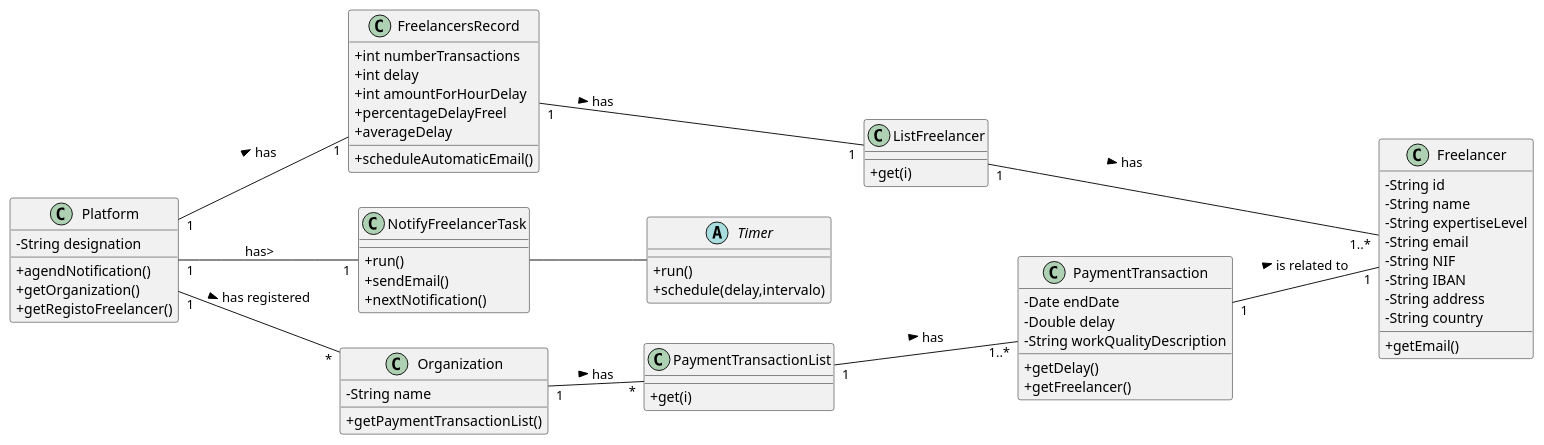
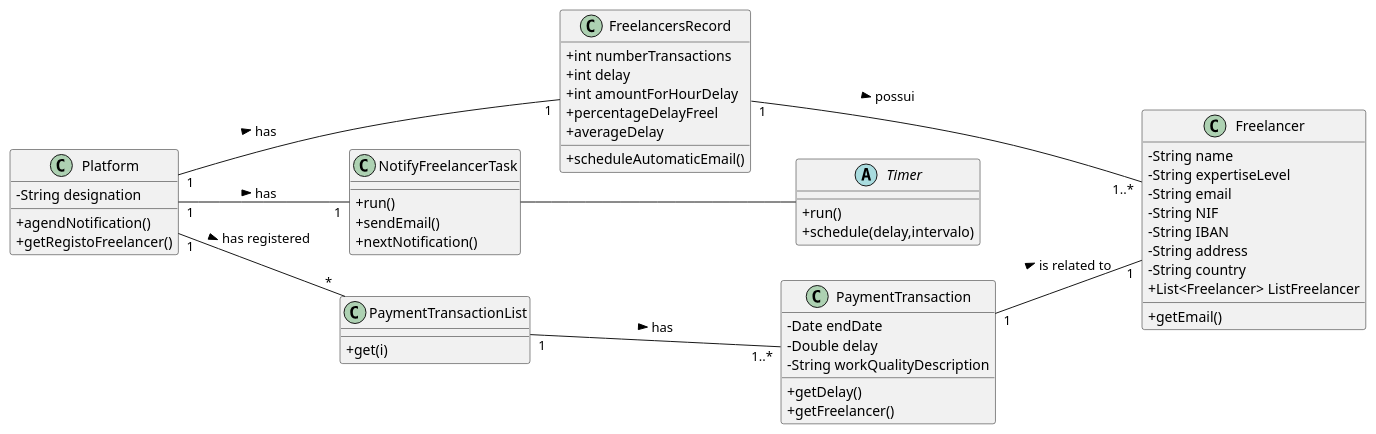
The diagram in docs/UC10 - Notify delayed freelancers (automatically)/UC10_CD.puml (pedrolemos4/LAPR2), drawn with PlantUML before and after one commit. The commit also changed 3 other files, not shown here.

```diff
--- a/docs/UC10 - Notify delayed freelancers (automatically)/UC10_CD.puml
+++ b/docs/UC10 - Notify delayed freelancers (automatically)/UC10_CD.puml
@@ -1,83 +1,69 @@
 @startuml
 skinparam classAttributeIconSize 0
 left to right direction
 
 class Platform {
   -String designation
   +agendNotification()
-  +getOrganization()
   +getRegistoFreelancer()
 }
 
 class FreelancersRecord{
   +int numberTransactions
   +int delay
   +int amountForHourDelay
   +percentageDelayFreel
   +averageDelay
   +scheduleAutomaticEmail()
 }
 
 abstract Timer {
   +run()
   +schedule(delay,intervalo)
 }
 
 class NotifyFreelancerTask {
   +run() 
   +sendEmail()
   +nextNotification()
 }
 
-class Organization {
-  -String name
-  +getPaymentTransactionList()
-}
-
 class Freelancer {
-  -String id
   -String name
   -String expertiseLevel
   -String email
   -String NIF
   -String IBAN
   -String address
   -String country
   +getEmail()
+  +List<Freelancer> ListFreelancer
   }
 
 class PaymentTransaction{
  -Date endDate
  -Double delay
  -String workQualityDescription
   +getDelay()
   +getFreelancer()
 }
 
 class PaymentTransactionList {
   +get(i) 
 }
 
-class ListFreelancer {
-  +get(i) 
-}
 
-
-Platform "1" -- "*" Organization : has registered >
-Platform "1" -- "1" NotifyFreelancerTask : has>
+Platform "1" -- "*" PaymentTransactionList : has registered >
+Platform "1" -- "1" NotifyFreelancerTask : has >
 Platform "1" -- "1" FreelancersRecord : has >
 
 NotifyFreelancerTask  --  Timer 
 
-FreelancersRecord "1" -- "1" ListFreelancer : has >
-
-ListFreelancer "1" -- "1..*" Freelancer : has >
-
-Organization "1" -- "*" PaymentTransactionList: has >
+FreelancersRecord "1" -- "1..*" Freelancer : possui >
 
 PaymentTransaction "1" -- "1" Freelancer: is related to >
 
 PaymentTransactionList "1" -- "1..*" PaymentTransaction : has >
 
 
 @enduml
```
